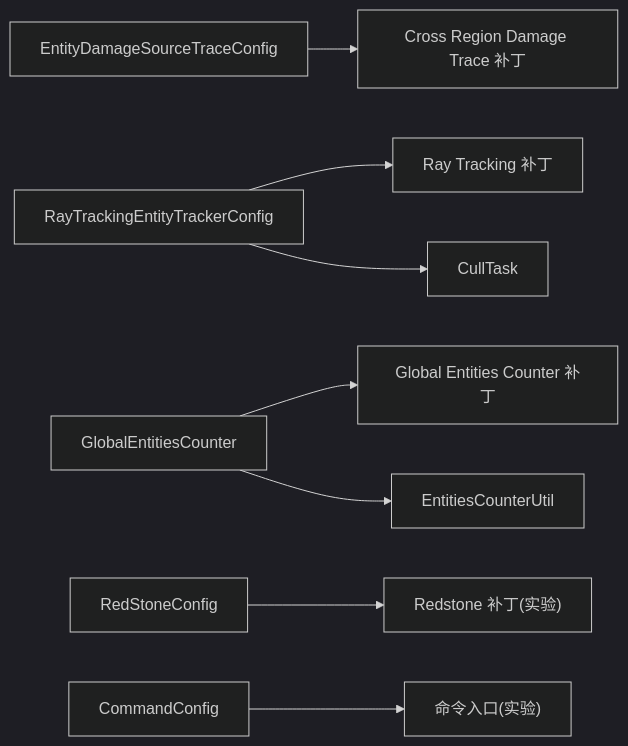
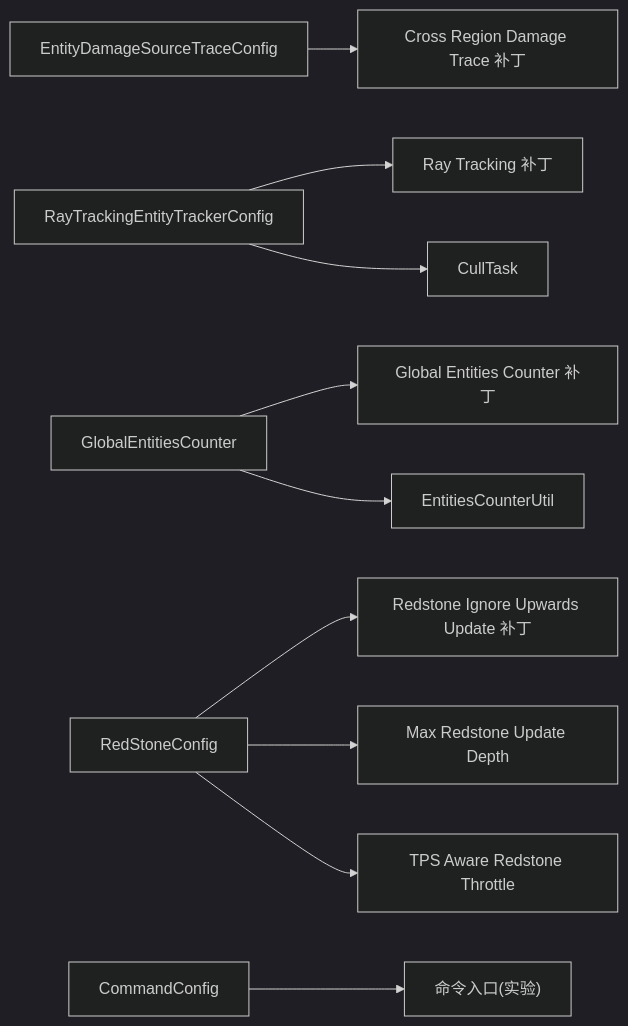
One commit to xucy10/Lophine1.21.11 changed the sixth of 6 diagrams in .qoder/repowiki/zh/content/配置系统/实验配置.md. Above: the diagram before and after it, drawn with Mermaid (dark theme). The commit also changed other lines of this file and 54 other files, not shown here.

````diff
--- a/.qoder/repowiki/zh/content/配置系统/实验配置.md
+++ b/.qoder/repowiki/zh/content/配置系统/实验配置.md
@@ -313,10 +354,12 @@
 ```mermaid
 graph LR
 EC["EntityDamageSourceTraceConfig"] --> PD["Cross Region Damage Trace 补丁"]
 RTC["RayTrackingEntityTrackerConfig"] --> RT["Ray Tracking 补丁"]
 RTC --> CT["CullTask"]
 GEC["GlobalEntitiesCounter"] --> GE["Global Entities Counter 补丁"]
 GEC --> EU["EntitiesCounterUtil"]
-RS["RedStoneConfig"] --> RP["Redstone 补丁(实验)"]
+RS["RedStoneConfig"] --> RP["Redstone Ignore Upwards Update 补丁"]
+RS --> RPT["Max Redstone Update Depth"]
+RS --> RTPS["TPS Aware Redstone Throttle"]
 CMD["CommandConfig"] --> CMDS["命令入口(实验)"]
 ```
````
